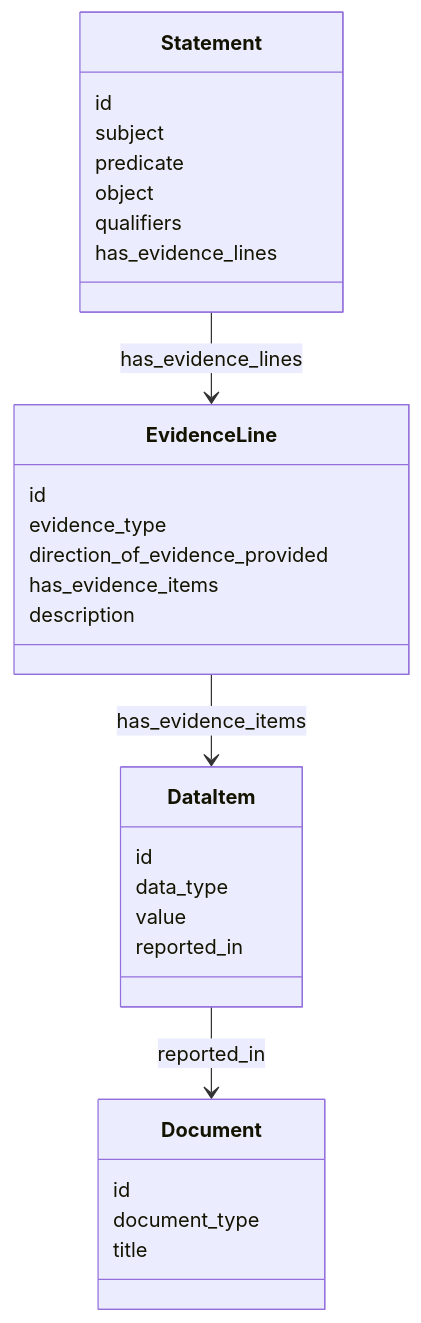
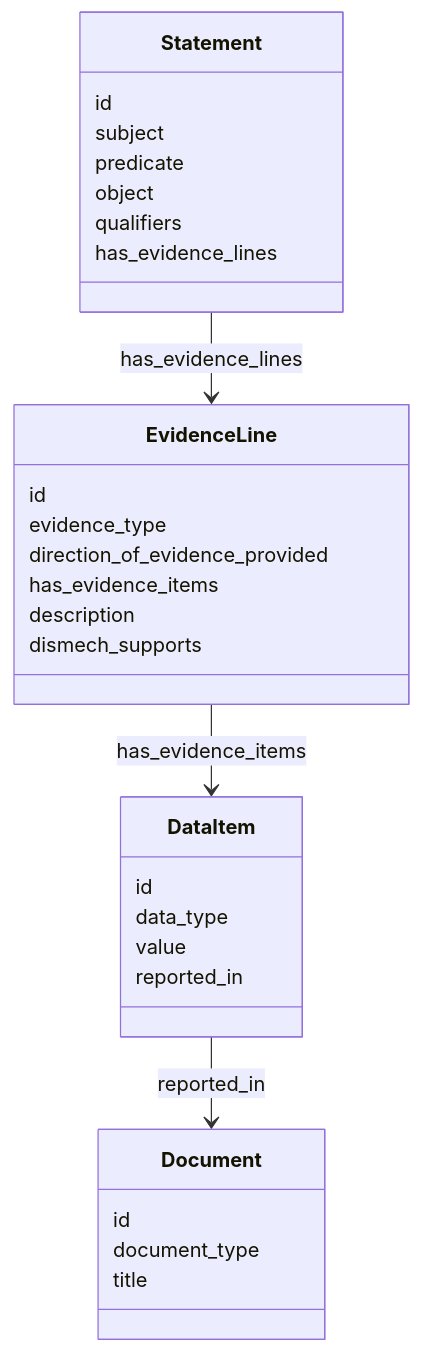
One commit to monarch-initiative/dismech changed the diagram in docs/sepio-export.md. Above: the diagram before and after it, drawn with Mermaid. The commit also changed other lines of this file and 5 other files, not shown here.

````diff
--- a/docs/sepio-export.md
+++ b/docs/sepio-export.md
@@ -61,32 +75,33 @@
 ```mermaid
 classDiagram
     class Statement {
         id
         subject
         predicate
         object
         qualifiers
         has_evidence_lines
     }
     class EvidenceLine {
         id
         evidence_type
         direction_of_evidence_provided
         has_evidence_items
         description
+        dismech_supports
     }
     class DataItem {
         id
         data_type
         value
         reported_in
     }
     class Document {
         id
         document_type
         title
     }
     Statement --> EvidenceLine : has_evidence_lines
     EvidenceLine --> DataItem : has_evidence_items
     DataItem --> Document : reported_in
 ```
````
